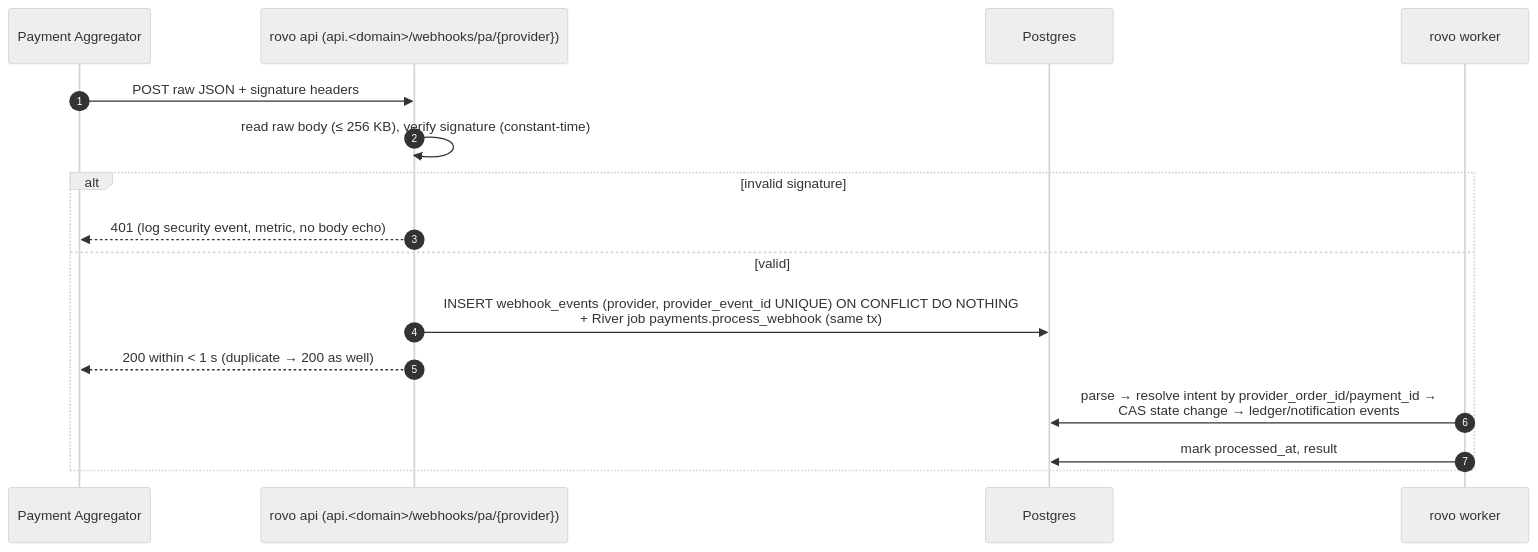
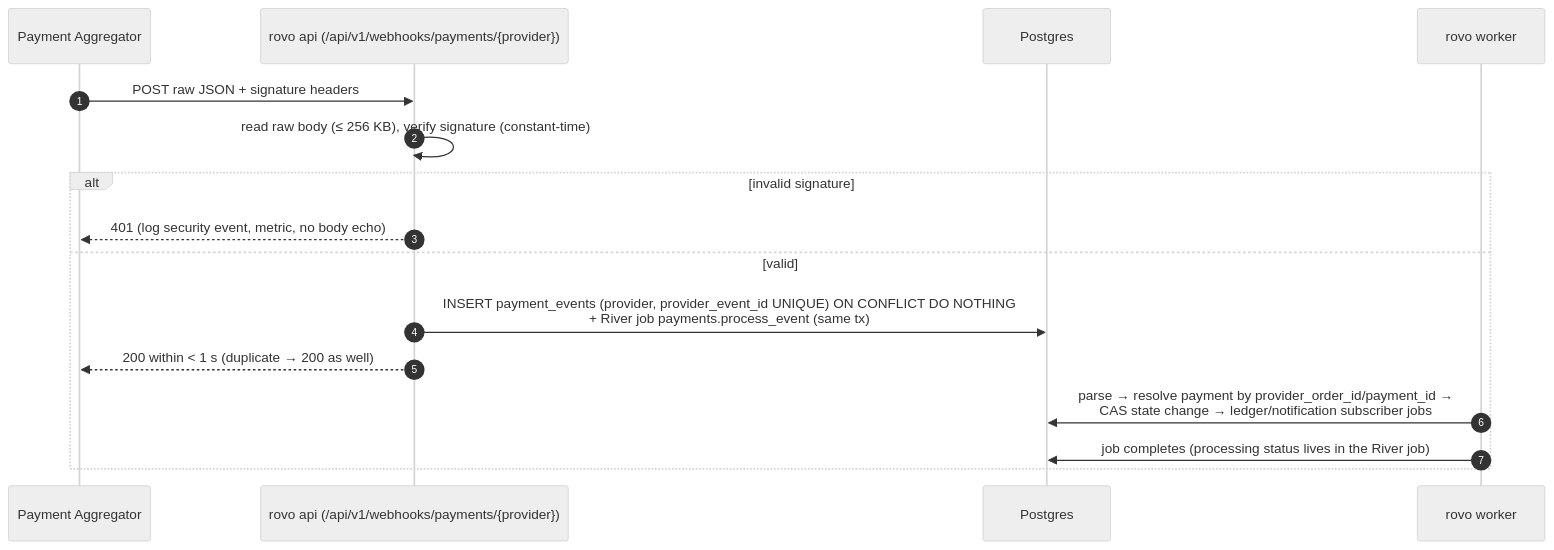
The third of 7 diagrams in docs/planning/14-payment-architecture.md (storetmobiles2-code/rovo), drawn with Mermaid (neutral theme) before and after one commit. The commit also changed other lines of this file and 12 other files, not shown here.

````diff
--- a/docs/planning/14-payment-architecture.md
+++ b/docs/planning/14-payment-architecture.md
@@ -171,18 +188,18 @@
 ```mermaid
 sequenceDiagram
     autonumber
     participant PA as Payment Aggregator
-    participant API as rovo api (api.<domain>/webhooks/pa/{provider})
+    participant API as rovo api (/api/v1/webhooks/payments/{provider})
     participant PG as Postgres
     participant W as rovo worker
     PA->>API: POST raw JSON + signature headers
     API->>API: read raw body (≤ 256 KB), verify signature (constant-time)
     alt invalid signature
         API-->>PA: 401 (log security event, metric, no body echo)
     else valid
-        API->>PG: INSERT webhook_events (provider, provider_event_id UNIQUE) ON CONFLICT DO NOTHING<br/>+ River job payments.process_webhook (same tx)
+        API->>PG: INSERT payment_events (provider, provider_event_id UNIQUE) ON CONFLICT DO NOTHING<br/>+ River job payments.process_event (same tx)
         API-->>PA: 200 within < 1 s (duplicate → 200 as well)
-        W->>PG: parse → resolve intent by provider_order_id/payment_id →<br/>CAS state change → ledger/notification events
-        W->>PG: mark processed_at, result
+        W->>PG: parse → resolve payment by provider_order_id/payment_id →<br/>CAS state change → ledger/notification subscriber jobs
+        W->>PG: job completes (processing status lives in the River job)
     end
 ```
````
